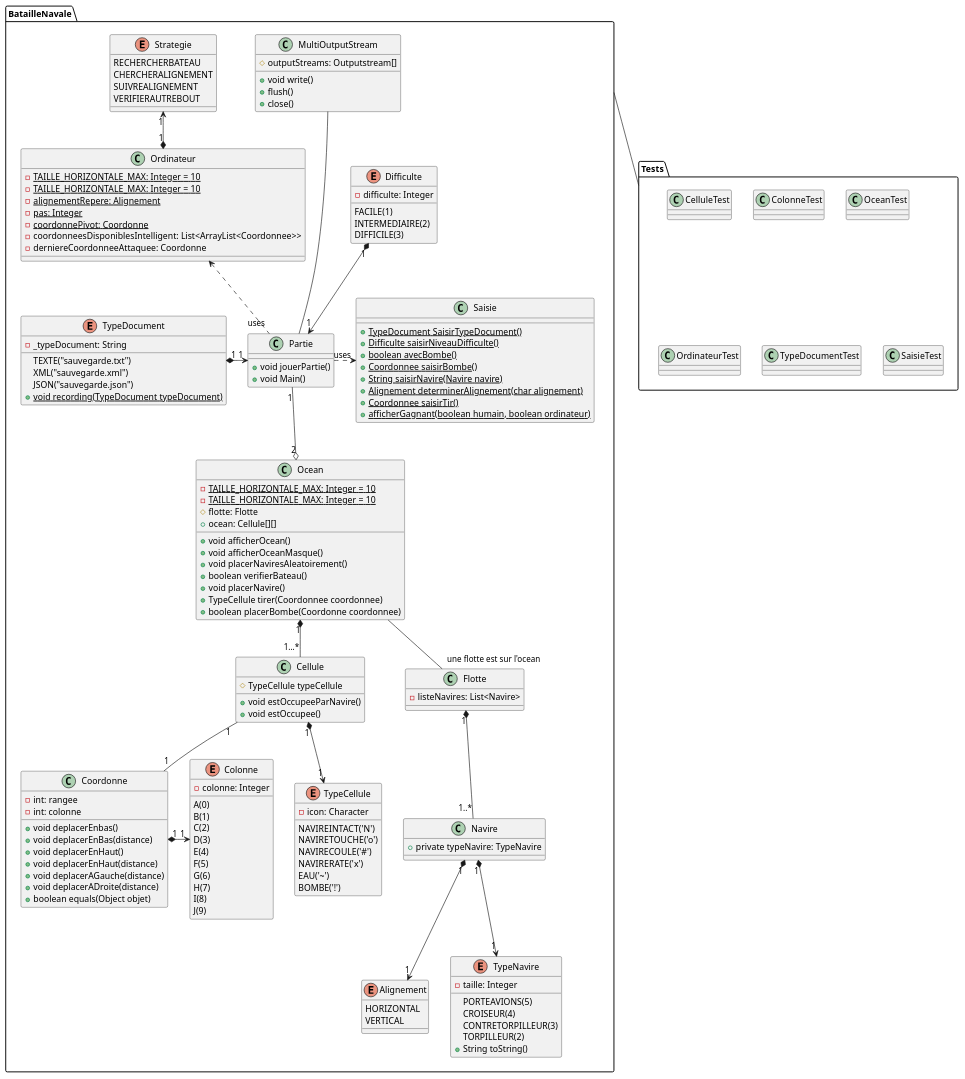
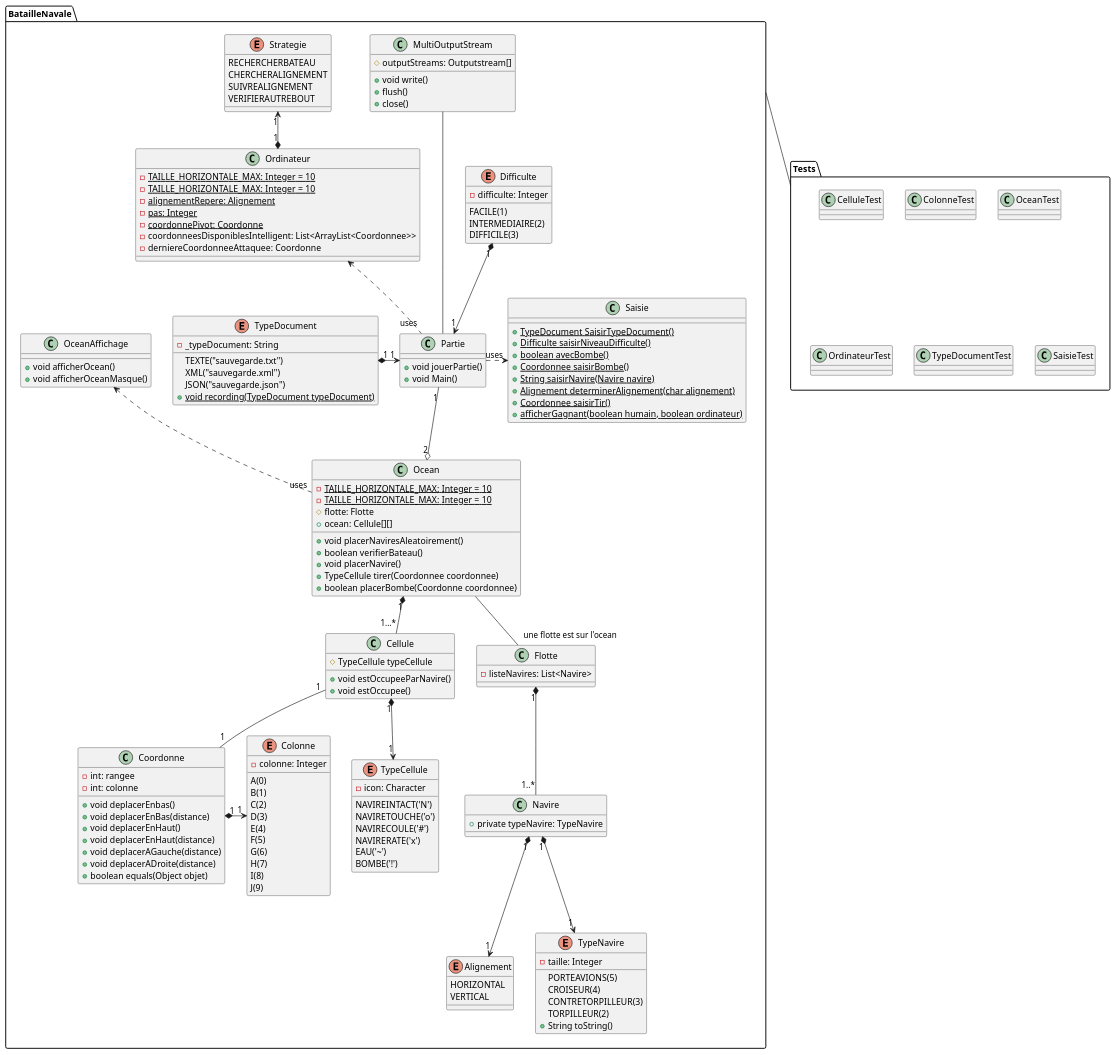
One commit to Jeremie-Gour/BatailleNavale changed the diagram in Diagramme de classes.puml. Above: the diagram before and after it, drawn with PlantUML. The commit also changed 4 other files, not shown here.

```diff
--- a/Diagramme de classes.puml
+++ b/Diagramme de classes.puml
@@ -60,7 +60,10 @@
         +close()
     }
 
-
+   class OceanAffichage{
+               +void afficherOcean()
+                +void afficherOceanMasque()
+    }
     class Navire{
          +private typeNavire: TypeNavire
     }
@@ -70,14 +73,15 @@
             -{static} TAILLE_HORIZONTALE_MAX: Integer = 10
             #flotte: Flotte
             + ocean: Cellule[][]
-           +void afficherOcean()
-            +void afficherOceanMasque()
+
             +void placerNaviresAleatoirement()
             +boolean verifierBateau()
             +void placerNavire()
             +TypeCellule tirer(Coordonnee coordonnee)
             +boolean placerBombe(Coordonne coordonnee)
     }
+
+
 
     class Ordinateur{
         -{static} TAILLE_HORIZONTALE_MAX: Integer = 10
@@ -173,6 +177,7 @@
 Partie ..right..> "uses" Saisie
 
 Ordinateur <.."uses" Partie
+OceanAffichage <.. "uses" Ocean
 
 Partie "1" --o "2" Ocean
 
```
